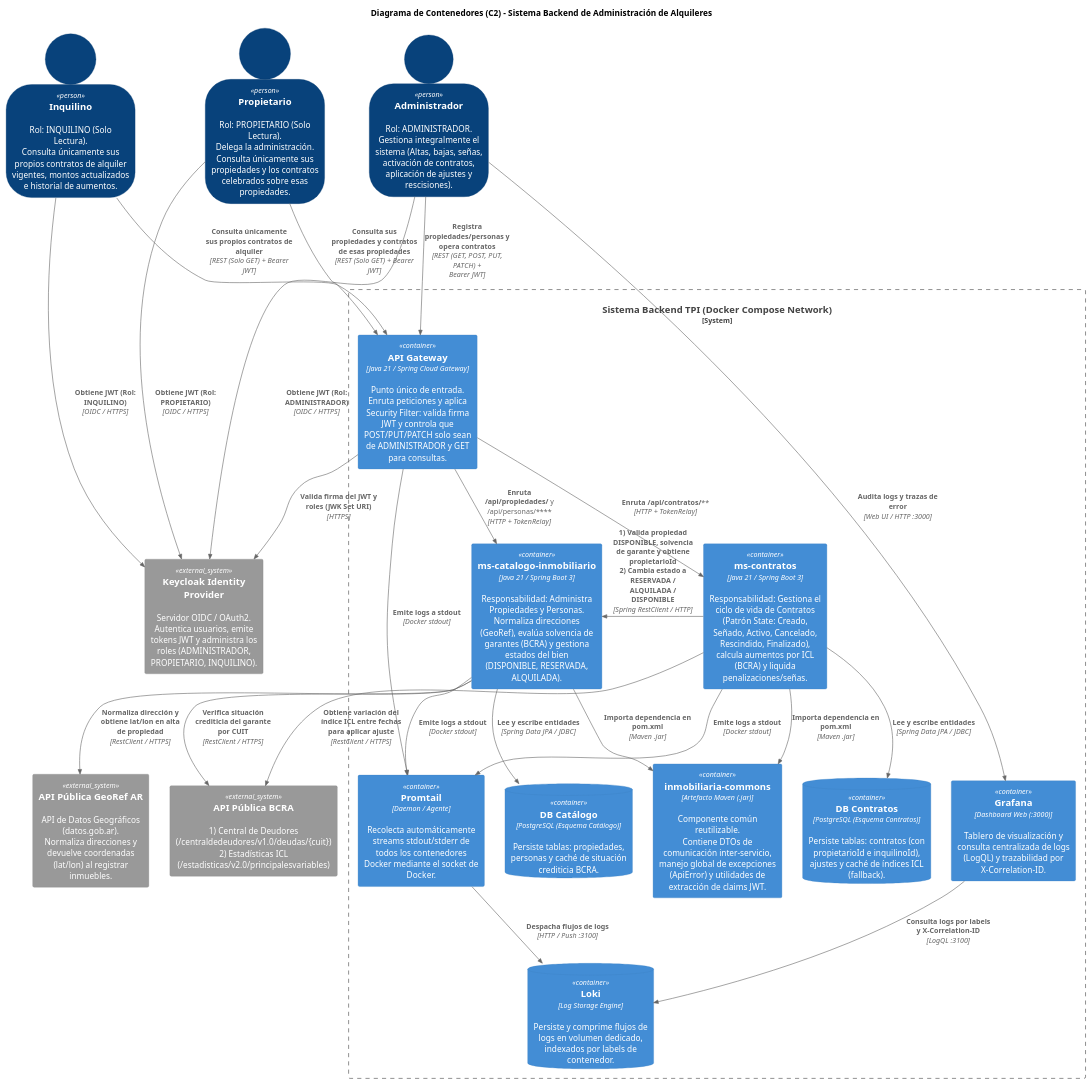
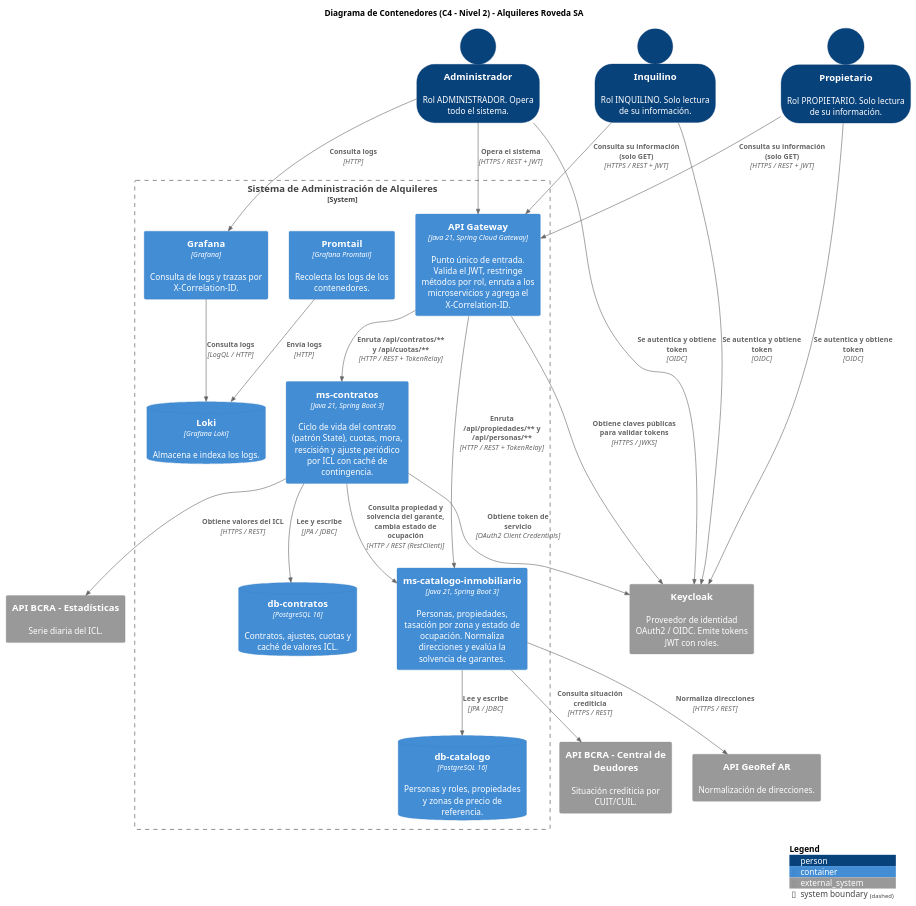
Before and after one commit to Luxuul01/tpi-back-RovedaSA: the third of 4 diagrams in docs/Diagramas.md, drawn with PlantUML. The commit also changed other lines of this file and 1 other file, not shown here.

Commit message:
docs: actualizar diagrama de contenedores C4 y agregar su imagen

````diff
--- a/docs/Diagramas.md
+++ b/docs/Diagramas.md
@@ -309,81 +310,58 @@
 ```plantuml
-@startuml
+@startuml C4_Contenedores
 !include https://raw.githubusercontent.com/plantuml-stdlib/C4-PlantUML/master/C4_Container.puml
 
 LAYOUT_TOP_DOWN()
 SHOW_PERSON_OUTLINE()
 
-title Diagrama de Contenedores (C2) - Sistema Backend de Administración de Alquileres
+title Diagrama de Contenedores (C4 - Nivel 2) - Alquileres Roveda SA
 
-' Actores diferenciados por permisos (Escritura vs Solo Lectura)
-Person(admin, "Administrador", "Rol: ADMINISTRADOR.\nGestiona integralmente el sistema (Altas, bajas, señas, activación de contratos, aplicación de ajustes y rescisiones).")
-Person(propietario, "Propietario", "Rol: PROPIETARIO (Solo Lectura).\nDelega la administración. Consulta únicamente sus propiedades y los contratos celebrados sobre esas propiedades.")
-Person(inquilino, "Inquilino", "Rol: INQUILINO (Solo Lectura).\nConsulta únicamente sus propios contratos de alquiler vigentes, montos actualizados e historial de aumentos.")
+Person(admin, "Administrador", "Rol ADMINISTRADOR. Opera todo el sistema.")
+Person(propietario, "Propietario", "Rol PROPIETARIO. Solo lectura de su información.")
+Person(inquilino, "Inquilino", "Rol INQUILINO. Solo lectura de su información.")
 
-' Sistemas Externos exigidos por la arquitectura
-System_Ext(keycloak, "Keycloak Identity Provider", "Servidor OIDC / OAuth2.\nAutentica usuarios, emite tokens JWT y administra los roles (ADMINISTRADOR, PROPIETARIO, INQUILINO).")
-System_Ext(api_bcra, "API Pública BCRA", "1) Central de Deudores (/centraldedeudores/v1.0/deudas/{cuit})\n2) Estadísticas ICL (/estadisticas/v2.0/principalesvariables)")
-System_Ext(api_georef, "API Pública GeoRef AR", "API de Datos Geográficos (datos.gob.ar).\nNormaliza direcciones y devuelve coordenadas (lat/lon) al registrar inmuebles.")
+System_Ext(keycloak, "Keycloak", "Proveedor de identidad OAuth2 / OIDC. Emite tokens JWT con roles.")
+System_Ext(georef, "API GeoRef AR", "Normalización de direcciones.")
+System_Ext(bcra_deudores, "API BCRA - Central de Deudores", "Situación crediticia por CUIT/CUIL.")
+System_Ext(bcra_estadisticas, "API BCRA - Estadísticas", "Serie diaria del ICL.")
 
-' Límite del Sistema Backend (Red Docker Compose)
-System_Boundary(sistema_backend, "Sistema Backend TPI (Docker Compose Network)") {
-
-    Container(api_gateway, "API Gateway", "Java 21 / Spring Cloud Gateway", "Punto único de entrada.\nEnruta peticiones y aplica Security Filter: valida firma JWT y controla que POST/PUT/PATCH solo sean de ADMINISTRADOR y GET para consultas.")
-
-    Container(ms_catalogo, "ms-catalogo-inmobiliario", "Java 21 / Spring Boot 3", "Responsabilidad: Administra Propiedades y Personas.\nNormaliza direcciones (GeoRef), evalúa solvencia de garantes (BCRA) y gestiona estados del bien (DISPONIBLE, RESERVADA, ALQUILADA).")
-
-    Container(ms_contratos, "ms-contratos", "Java 21 / Spring Boot 3", "Responsabilidad: Gestiona el ciclo de vida de Contratos (Patrón State: Creado, Señado, Activo, Cancelado, Rescindido, Finalizado), calcula aumentos por ICL (BCRA) y liquida penalizaciones/señas.")
-
-    Container(commons_jar, "inmobiliaria-commons", "Artefacto Maven (.jar)", "Componente común reutilizable.\nContiene DTOs de comunicación inter-servicio, manejo global de excepciones (ApiError) y utilidades de extracción de claims JWT.")
-
-    ContainerDb(db_catalogo, "DB Catálogo", "PostgreSQL (Esquema Catálogo)", "Persiste tablas: propiedades, personas y caché de situación crediticia BCRA.")
-
-    ContainerDb(db_contratos, "DB Contratos", "PostgreSQL (Esquema Contratos)", "Persiste tablas: contratos (con propietarioId e inquilinoId), ajustes y caché de índices ICL (fallback).")
-
-    ' Subsistema de Observabilidad y Centralización de Logs (Stack PLG)
-    Container(promtail, "Promtail", "Daemon / Agente", "Recolecta automáticamente streams stdout/stderr de todos los contenedores Docker mediante el socket de Docker.")
-    ContainerDb(loki, "Loki", "Log Storage Engine", "Persiste y comprime flujos de logs en volumen dedicado, indexados por labels de contenedor.")
-    Container(grafana, "Grafana", "Dashboard Web (:3000)", "Tablero de visualización y consulta centralizada de logs (LogQL) y trazabilidad por X-Correlation-ID.")
+System_Boundary(sistema, "Sistema de Administración de Alquileres") {
+    Container(api_gateway, "API Gateway", "Java 21, Spring Cloud Gateway", "Punto único de entrada. Valida el JWT, restringe métodos por rol, enruta a los microservicios y agrega el X-Correlation-ID.")
+    Container(ms_catalogo, "ms-catalogo-inmobiliario", "Java 21, Spring Boot 3", "Personas, propiedades, tasación por zona y estado de ocupación. Normaliza direcciones y evalúa la solvencia de garantes.")
+    Container(ms_contratos, "ms-contratos", "Java 21, Spring Boot 3", "Ciclo de vida del contrato (patrón State), cuotas, mora, rescisión y ajuste periódico por ICL con caché de contingencia.")
+    ContainerDb(db_catalogo, "db-catalogo", "PostgreSQL 16", "Personas y roles, propiedades y zonas de precio de referencia.")
+    ContainerDb(db_contratos, "db-contratos", "PostgreSQL 16", "Contratos, ajustes, cuotas y caché de valores ICL.")
+    Container(promtail, "Promtail", "Grafana Promtail", "Recolecta los logs de los contenedores.")
+    ContainerDb(loki, "Loki", "Grafana Loki", "Almacena e indexa los logs.")
+    Container(grafana, "Grafana", "Grafana", "Consulta de logs y trazas por X-Correlation-ID.")
 }
 
-' 1. Flujo de Autenticación de los Actores con Keycloak
-Rel(admin, keycloak, "Obtiene JWT (Rol: ADMINISTRADOR)", "OIDC / HTTPS")
-Rel(propietario, keycloak, "Obtiene JWT (Rol: PROPIETARIO)", "OIDC / HTTPS")
-Rel(inquilino, keycloak, "Obtiene JWT (Rol: INQUILINO)", "OIDC / HTTPS")
+Rel(admin, keycloak, "Se autentica y obtiene token", "OIDC")
+Rel(propietario, keycloak, "Se autentica y obtiene token", "OIDC")
+Rel(inquilino, keycloak, "Se autentica y obtiene token", "OIDC")
 
-' 2. Interacción de los Actores hacia el API Gateway
-Rel(admin, api_gateway, "Registra propiedades/personas y opera contratos", "REST (GET, POST, PUT, PATCH) + Bearer JWT")
-Rel(propietario, api_gateway, "Consulta sus propiedades y contratos de esas propiedades", "REST (Solo GET) + Bearer JWT")
-Rel(inquilino, api_gateway, "Consulta únicamente sus propios contratos de alquiler", "REST (Solo GET) + Bearer JWT")
+Rel(admin, api_gateway, "Opera el sistema", "HTTPS / REST + JWT")
+Rel(propietario, api_gateway, "Consulta su información (solo GET)", "HTTPS / REST + JWT")
+Rel(inquilino, api_gateway, "Consulta su información (solo GET)", "HTTPS / REST + JWT")
+Rel(admin, grafana, "Consulta logs", "HTTP")
 
-' 3. Validación del Gateway con Keycloak y Enrutamiento interno
-Rel(api_gateway, keycloak, "Valida firma del JWT y roles (JWK Set URI)", "HTTPS")
-Rel(api_gateway, ms_catalogo, "Enruta /api/propiedades/** y /api/personas/**", "HTTP + TokenRelay")
-Rel(api_gateway, ms_contratos, "Enruta /api/contratos/**", "HTTP + TokenRelay")
+Rel(api_gateway, keycloak, "Obtiene claves públicas para validar tokens", "HTTPS / JWKS")
+Rel(api_gateway, ms_catalogo, "Enruta /api/propiedades/~*~* y /api/personas/~*~*", "HTTP / REST + TokenRelay")
+Rel(api_gateway, ms_contratos, "Enruta /api/contratos/~*~* y /api/cuotas/~*~*", "HTTP / REST + TokenRelay")
 
-' 4. Colaboración funcional entre Microservicios
-Rel_R(ms_contratos, ms_catalogo, "1) Valida propiedad DISPONIBLE, solvencia de garante y obtiene propietarioId\n2) Cambia estado a RESERVADA / ALQUILADA / DISPONIBLE", "Spring RestClient / HTTP")
+Rel(ms_contratos, ms_catalogo, "Consulta propiedad y solvencia del garante, cambia estado de ocupación", "HTTP / REST (RestClient)")
+Rel(ms_contratos, keycloak, "Obtiene token de servicio", "OAuth2 Client Credentials")
 
-' 5. Uso del Componente Común (.jar)
-Rel_D(ms_catalogo, commons_jar, "Importa dependencia en pom.xml", "Maven .jar")
-Rel_D(ms_contratos, commons_jar, "Importa dependencia en pom.xml", "Maven .jar")
+Rel(ms_catalogo, db_catalogo, "Lee y escribe", "JPA / JDBC")
+Rel(ms_contratos, db_contratos, "Lee y escribe", "JPA / JDBC")
 
-' 6. Persistencia en Bases de Datos
-Rel_D(ms_catalogo, db_catalogo, "Lee y escribe entidades", "Spring Data JPA / JDBC")
-Rel_D(ms_contratos, db_contratos, "Lee y escribe entidades", "Spring Data JPA / JDBC")
+Rel(ms_catalogo, georef, "Normaliza direcciones", "HTTPS / REST")
+Rel(ms_catalogo, bcra_deudores, "Consulta situación crediticia", "HTTPS / REST")
+Rel(ms_contratos, bcra_estadisticas, "Obtiene valores del ICL", "HTTPS / REST")
 
-' 7. Consumo de APIs Públicas Externas
-Rel(ms_catalogo, api_georef, "Normaliza dirección y obtiene lat/lon en alta de propiedad", "RestClient / HTTPS")
-Rel(ms_catalogo, api_bcra, "Verifica situación crediticia del garante por CUIT", "RestClient / HTTPS")
-Rel(ms_contratos, api_bcra, "Obtiene variación del índice ICL entre fechas para aplicar ajuste", "RestClient / HTTPS")
+Rel(promtail, loki, "Envía logs", "HTTP")
+Rel(grafana, loki, "Consulta logs", "LogQL / HTTP")
 
-' 8. Flujo de Centralización de Logs y Observabilidad (Stack PLG)
-Rel_D(api_gateway, promtail, "Emite logs a stdout", "Docker stdout")
-Rel_D(ms_catalogo, promtail, "Emite logs a stdout", "Docker stdout")
-Rel_D(ms_contratos, promtail, "Emite logs a stdout", "Docker stdout")
-Rel(promtail, loki, "Despacha flujos de logs", "HTTP / Push :3100")
-Rel(grafana, loki, "Consulta logs por labels y X-Correlation-ID", "LogQL :3100")
-Rel(admin, grafana, "Audita logs y trazas de error", "Web UI / HTTP :3000")
-
+SHOW_LEGEND()
 @enduml
 ```
````
